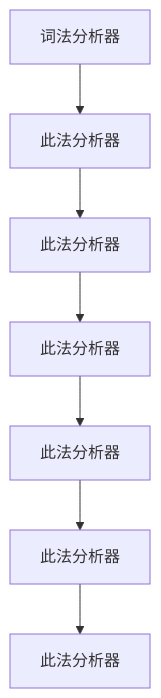
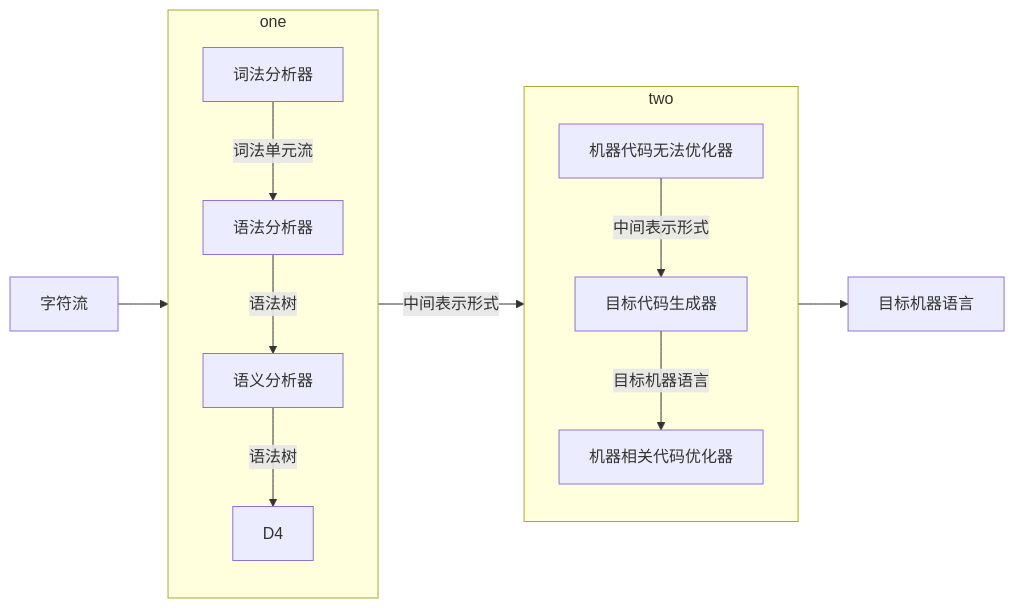
The diagram in md/编译原理.md (leaderli/obsidian), drawn with Mermaid before and after one commit. The commit also changed other lines of this file and 1 other file, not shown here.

````diff
--- a/md/编译原理.md
+++ b/md/编译原理.md
@@ -9,11 +9,26 @@
 ```mermaid
-graph TD
-    D1[词法分析器] -->
-    D2[此法分析器] -->
-    D3[此法分析器] -->
-    D4[此法分析器] -->
-    D5[此法分析器] -->
-    D6[此法分析器] -->
-    D7[此法分析器] 
+flowchart LR
+
+	subgraph one
+	direction TB
+		D1[词法分析器] --词法单元流-->D2
+		D2[语法分析器] --语法树-->D3
+		D3[语义分析器] --语法树-->D4
+	
+	end
+	
+	subgraph two
+	direction TB
+		D5[机器代码无法优化器] --中间表示形式--> D6
+		D6[目标代码生成器] --目标机器语言--> D7
+		D7[机器相关代码优化器] 
+	end
+	
+	D8[目标机器语言]
+	
+	D0[字符流] --> one
+	one --中间表示形式--> two
+	two --> D8
+	
 
 ```
````
